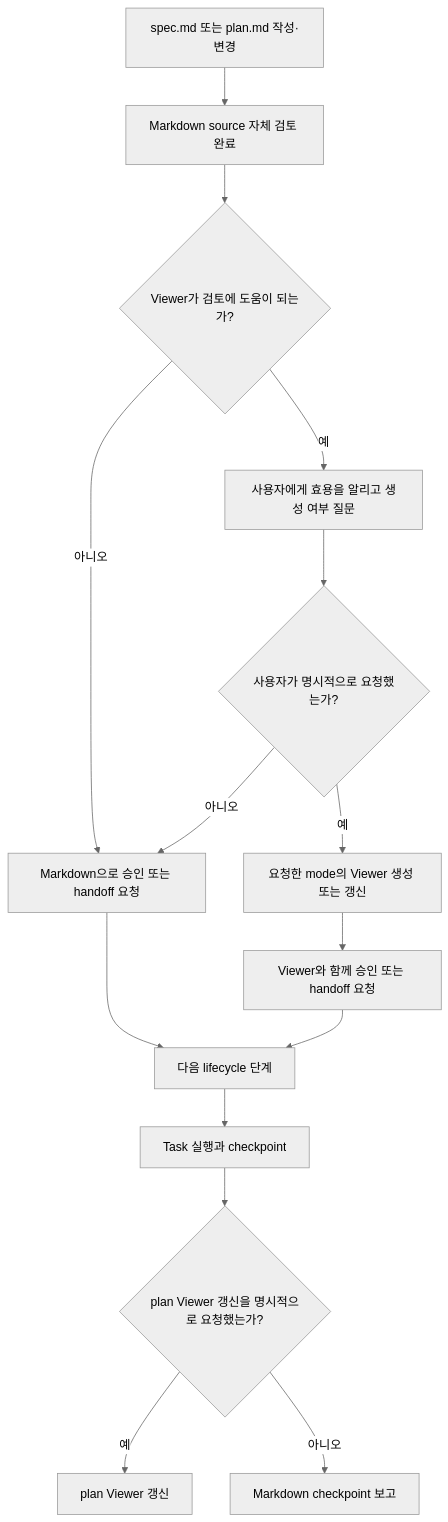
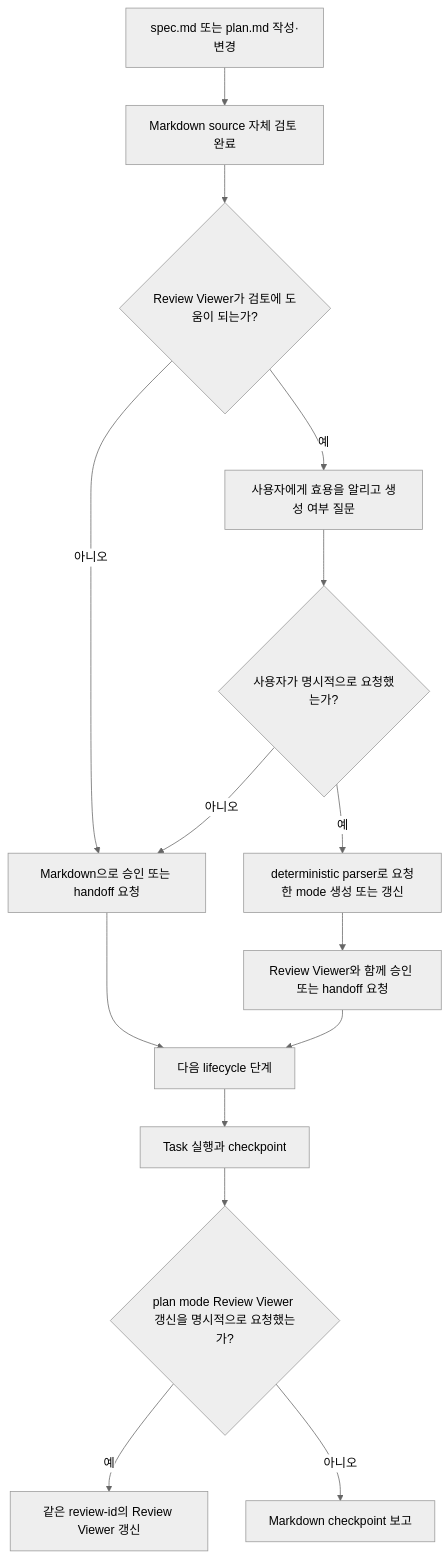
The first of 4 diagrams in docs/specs/002-lifecycle-review-viewer/spec.md (hope1026/aiagent-plugins), drawn with Mermaid (neutral theme) before and after one commit. The commit also changed other lines of this file and 74 other files, not shown here.

````diff
--- a/docs/specs/002-lifecycle-review-viewer/spec.md
+++ b/docs/specs/002-lifecycle-review-viewer/spec.md
@@ -154,17 +133,17 @@
 ```mermaid
 flowchart TD
     A[spec.md 또는 plan.md 작성·변경] --> B[Markdown source 자체 검토 완료]
-    B --> C{Viewer가 검토에 도움이 되는가?}
+    B --> C{Review Viewer가 검토에 도움이 되는가?}
     C -- 예 --> D[사용자에게 효용을 알리고 생성 여부 질문]
     C -- 아니오 --> E[Markdown으로 승인 또는 handoff 요청]
     D --> F{사용자가 명시적으로 요청했는가?}
-    F -- 예 --> G[요청한 mode의 Viewer 생성 또는 갱신]
+    F -- 예 --> G[deterministic parser로 요청한 mode 생성 또는 갱신]
     F -- 아니오 --> E
-    G --> H[Viewer와 함께 승인 또는 handoff 요청]
+    G --> H[Review Viewer와 함께 승인 또는 handoff 요청]
     E --> I[다음 lifecycle 단계]
     H --> I
     I --> J[Task 실행과 checkpoint]
-    J --> K{plan Viewer 갱신을 명시적으로 요청했는가?}
-    K -- 예 --> L[plan Viewer 갱신]
+    J --> K{plan mode Review Viewer 갱신을 명시적으로 요청했는가?}
+    K -- 예 --> L[같은 review-id의 Review Viewer 갱신]
     K -- 아니오 --> M[Markdown checkpoint 보고]
 ```
````
